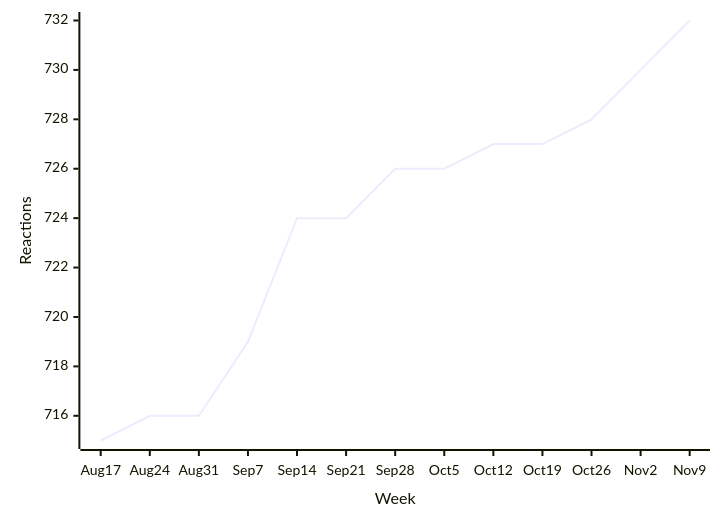
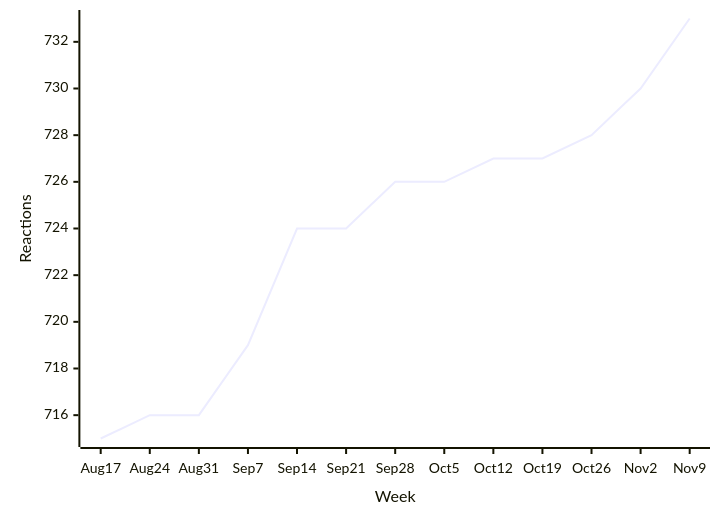
The fifth of 38 diagrams in README.md (loic-sharma/github-insights), drawn with Mermaid before and after one commit. The commit also changed other lines of this file and 1 other file, not shown here.

````diff
--- a/README.md
+++ b/README.md
@@ -392,6 +392,6 @@
   ```mermaid
   xychart-beta
     x-axis "Week" [Aug 17, Aug 24, Aug 31, Sep 7, Sep 14, Sep 21, Sep 28, Oct 5, Oct 12, Oct 19, Oct 26, Nov 2, Nov 9]
     y-axis "Reactions"
-    line [715, 716, 716, 719, 724, 724, 726, 726, 727, 727, 728, 730, 732]
+    line [715, 716, 716, 719, 724, 724, 726, 726, 727, 727, 728, 730, 733]
   ```
````
